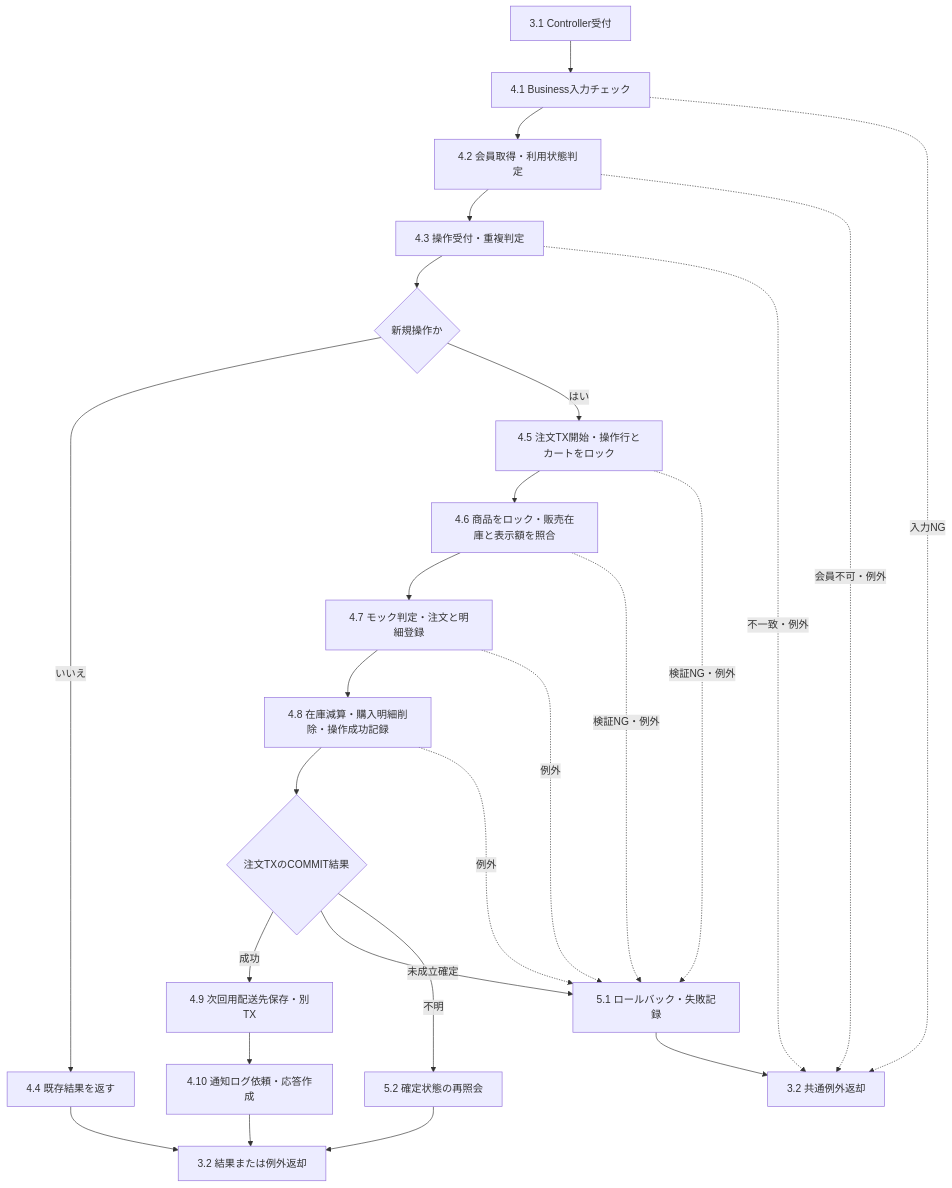
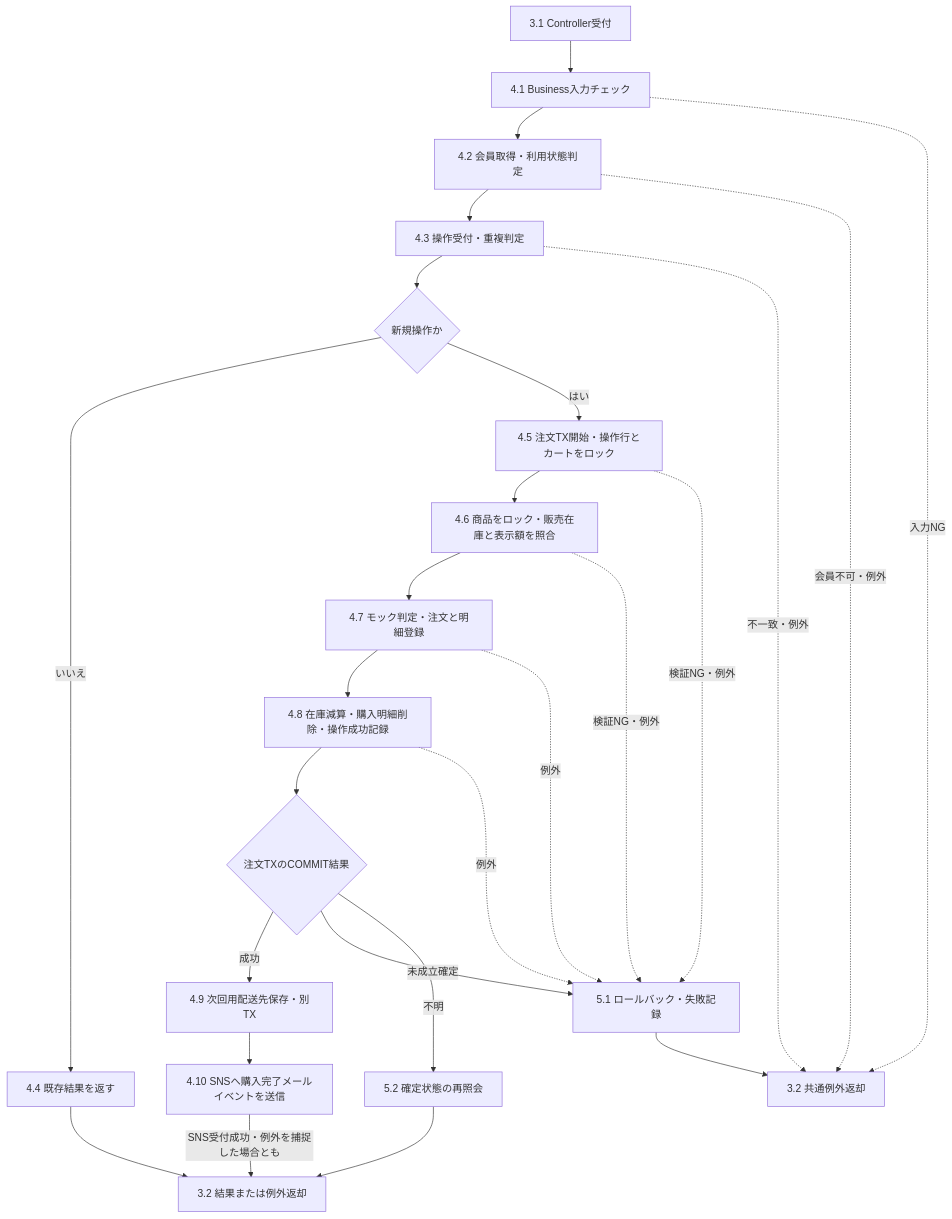
One commit to shooot223/cloudnative-ec-java changed the diagram in docs/api/APU004_03_place-test-order.md. Above: the diagram before and after it, drawn with Mermaid. The commit also changed other lines of this file and 4 other files, not shown here.

````diff
--- a/docs/api/APU004_03_place-test-order.md
+++ b/docs/api/APU004_03_place-test-order.md
@@ -7,28 +9,28 @@
 ```mermaid
 flowchart TD
     A["3.1 Controller受付"] --> B["4.1 Business入力チェック"]
     B --> C["4.2 会員取得・利用状態判定"]
     C --> D["4.3 操作受付・重複判定"]
     D --> E{"新規操作か"}
     E -->|いいえ| R["4.4 既存結果を返す"]
     E -->|はい| F["4.5 注文TX開始・操作行とカートをロック"]
     F --> G["4.6 商品をロック・販売在庫と表示額を照合"]
     G --> H["4.7 モック判定・注文と明細登録"]
     H --> I["4.8 在庫減算・購入明細削除・操作成功記録"]
     I --> J{"注文TXのCOMMIT結果"}
     J -->|成功| K["4.9 次回用配送先保存・別TX"]
-    K --> L["4.10 通知ログ依頼・応答作成"]
+    K --> L["4.10 SNSへ購入完了メールイベントを送信"]
     J -->|未成立確定| X["5.1 ロールバック・失敗記録"]
     J -->|不明| Y["5.2 確定状態の再照会"]
     B -.->|入力NG| Z["3.2 共通例外返却"]
     C -.->|会員不可・例外| Z
     D -.->|不一致・例外| Z
     F -.->|検証NG・例外| X
     G -.->|検証NG・例外| X
     H -.->|例外| X
     I -.->|例外| X
     X --> Z
     Y --> Q["3.2 結果または例外返却"]
     R --> Q
-    L --> Q
+    L -->|SNS受付成功・例外を捕捉した場合とも| Q
 ```
````
